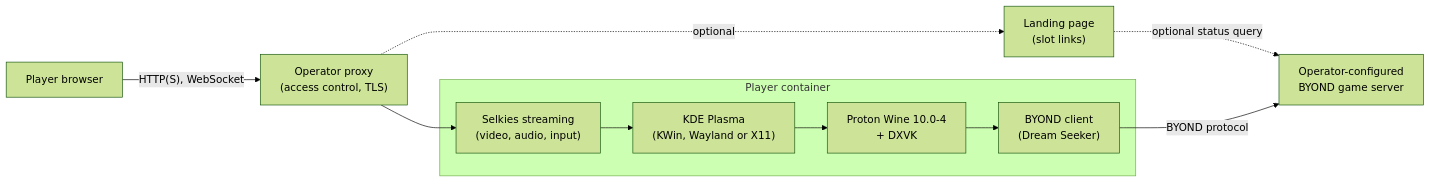
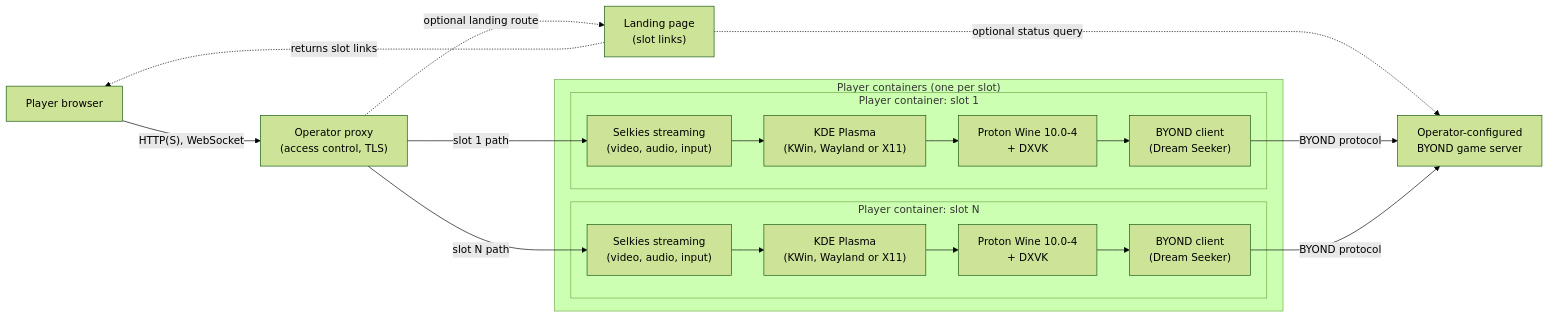
Before and after one commit to flashdim/tgstation-gateway: the diagram in README.md, drawn with Mermaid (forest theme). The commit also changed other lines of this file, not shown here.

Commit message:
docs: show multiple player containers in architecture diagram

````diff
--- a/README.md
+++ b/README.md
@@ -19,13 +19,23 @@
 ```mermaid
 flowchart LR
     Browser["Player browser"] -->|"HTTP(S), WebSocket"| Proxy["Operator proxy<br/>(access control, TLS)"]
-    Proxy -.->|"optional"| Landing["Landing page<br/>(slot links)"]
-    Proxy --> Selkies
-    subgraph Player["Player container"]
-        Selkies["Selkies streaming<br/>(video, audio, input)"] --> Desktop["KDE Plasma<br/>(KWin, Wayland or X11)"]
-        Desktop --> Wine["Proton Wine 10.0-4<br/>+ DXVK"]
-        Wine --> Client["BYOND client<br/>(Dream Seeker)"]
+    Proxy -.->|"optional landing route"| Landing["Landing page<br/>(slot links)"]
+    Landing -.->|"returns slot links"| Browser
+    Proxy -->|"slot 1 path"| Selkies1
+    Proxy -->|"slot N path"| SelkiesN
+    subgraph Players["Player containers (one per slot)"]
+        subgraph Player1["Player container: slot 1"]
+            Selkies1["Selkies streaming<br/>(video, audio, input)"] --> Desktop1["KDE Plasma<br/>(KWin, Wayland or X11)"]
+            Desktop1 --> Wine1["Proton Wine 10.0-4<br/>+ DXVK"]
+            Wine1 --> Client1["BYOND client<br/>(Dream Seeker)"]
+        end
+        subgraph PlayerN["Player container: slot N"]
+            SelkiesN["Selkies streaming<br/>(video, audio, input)"] --> DesktopN["KDE Plasma<br/>(KWin, Wayland or X11)"]
+            DesktopN --> WineN["Proton Wine 10.0-4<br/>+ DXVK"]
+            WineN --> ClientN["BYOND client<br/>(Dream Seeker)"]
+        end
     end
     Landing -.->|"optional status query"| Server
-    Client -->|"BYOND protocol"| Server["Operator-configured<br/>BYOND game server"]
+    Client1 -->|"BYOND protocol"| Server["Operator-configured<br/>BYOND game server"]
+    ClientN -->|"BYOND protocol"| Server
 ```
````
